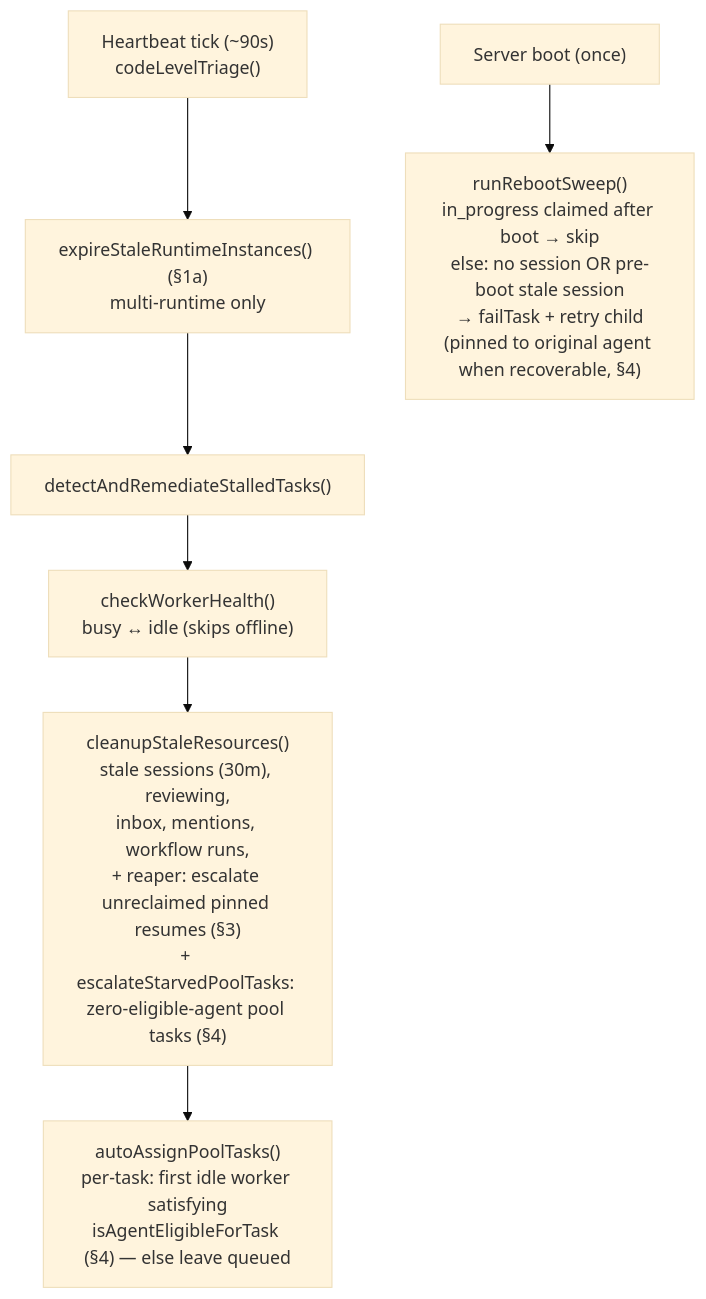
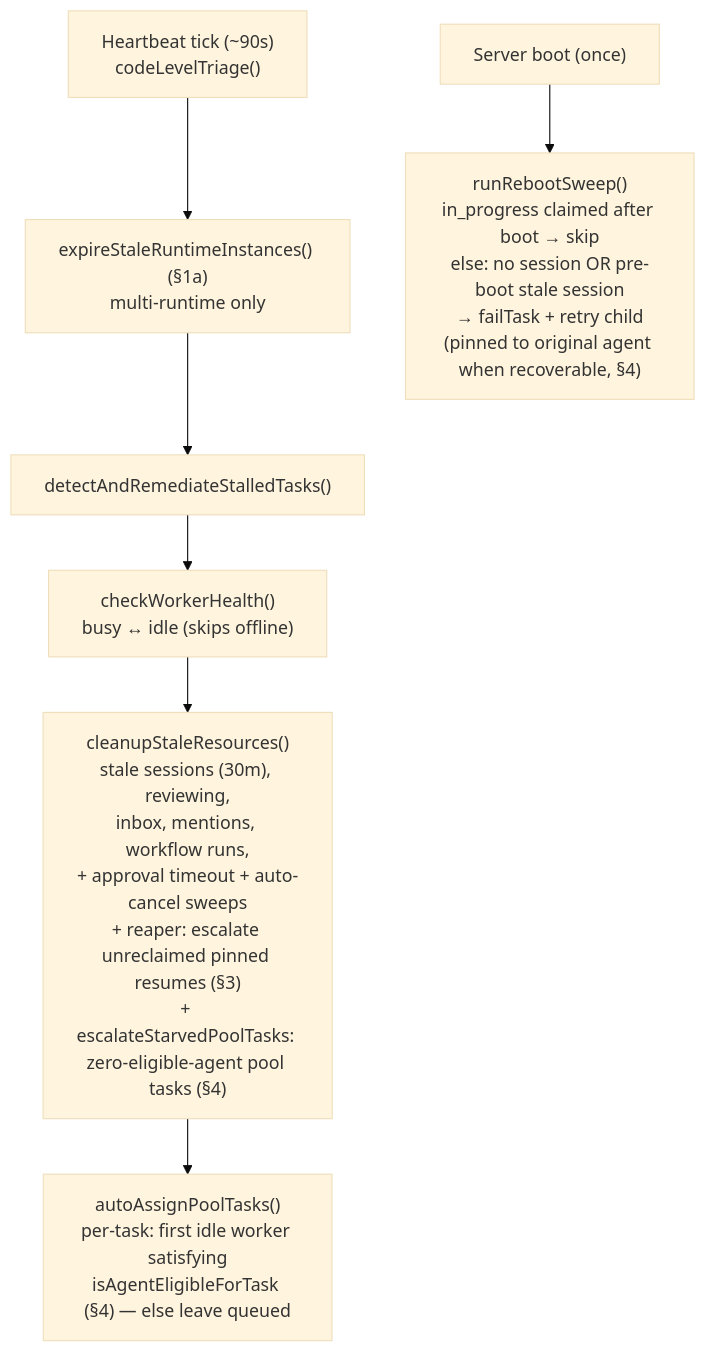
One commit to desplega-ai/agent-swarm changed the first of 4 diagrams in runbooks/heartbeat-crash-recovery.md. Above: the diagram before and after it, drawn with Mermaid (base theme). The commit also changed other lines of this file, not shown here.

Commit message:
docs(runbooks): heartbeat approval timeout and auto-cancel sweeps

````diff
--- a/runbooks/heartbeat-crash-recovery.md
+++ b/runbooks/heartbeat-crash-recovery.md
@@ -15,10 +15,10 @@
 ```mermaid
 flowchart TD
   tick["Heartbeat tick (~90s)<br/>codeLevelTriage()"] --> expire["expireStaleRuntimeInstances() (§1a)<br/>multi-runtime only"]
   expire --> detect["detectAndRemediateStalledTasks()"]
   detect --> health["checkWorkerHealth()<br/>busy ↔ idle (skips offline)"]
-  health --> cleanup["cleanupStaleResources()<br/>stale sessions (30m), reviewing,<br/>inbox, mentions, workflow runs,<br/>+ reaper: escalate unreclaimed pinned resumes (§3)<br/>+ escalateStarvedPoolTasks: zero-eligible-agent pool tasks (§4)"]
+  health --> cleanup["cleanupStaleResources()<br/>stale sessions (30m), reviewing,<br/>inbox, mentions, workflow runs,<br/>+ approval timeout + auto-cancel sweeps<br/>+ reaper: escalate unreclaimed pinned resumes (§3)<br/>+ escalateStarvedPoolTasks: zero-eligible-agent pool tasks (§4)"]
   cleanup --> assign["autoAssignPoolTasks()<br/>per-task: first idle worker satisfying<br/>isAgentEligibleForTask (§4) — else leave queued"]
 
   boot["Server boot (once)"] --> reboot["runRebootSweep()<br/>in_progress claimed after boot → skip<br/>else: no session OR pre-boot stale session<br/>→ failTask + retry child<br/>(pinned to original agent when recoverable, §4)"]
 ```
````
